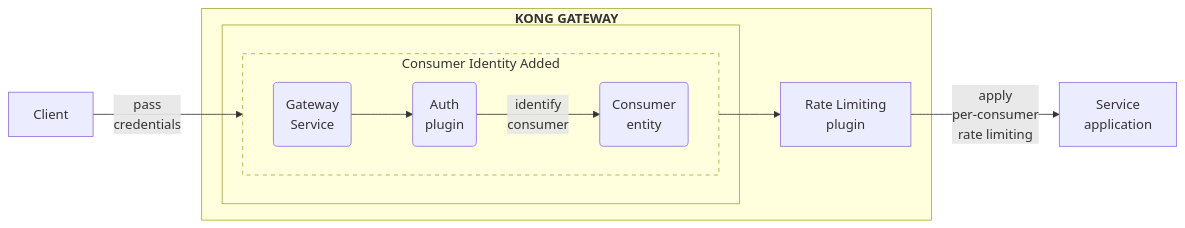
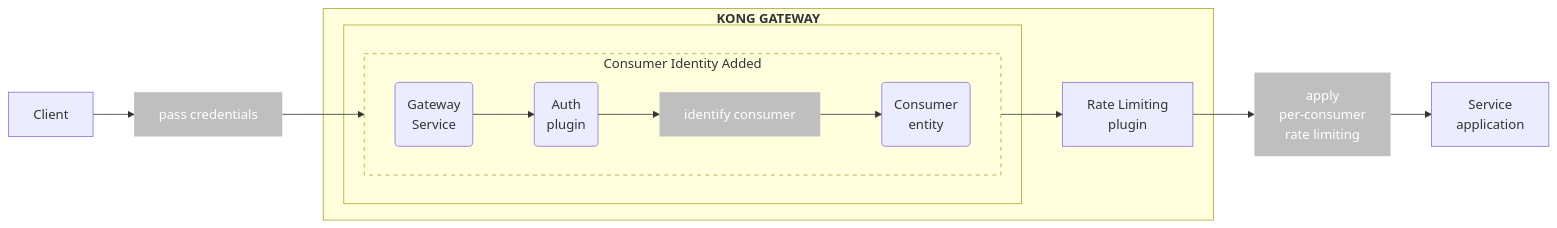
One commit to Kong/developer.konghq.com changed the diagram in app/_gateway_entities/consumer.md. Above: the diagram before and after it, drawn with Mermaid. The commit also changed other lines of this file, not shown here.

Commit message:
Fix style for consumer mermaid diagram

```diff
--- a/app/_gateway_entities/consumer.md
+++ b/app/_gateway_entities/consumer.md
@@ -94,37 +94,43 @@
 {% mermaid %}
 flowchart LR
 
-Consumer(Consumer 
+Consumer(Consumer
 entity)
-Service(Gateway 
+Service(Gateway
 Service)
 Auth(Auth
 plugin)
-Upstream[Service 
+Upstream[Service
 application]
-RL["Rate Limiting 
+RL["Rate Limiting
 plugin"]
 
-Client --pass
-credentials--> Service
+Client --> Label1[pass credentials]
+Label1 --> Service
+
 subgraph id1 ["`**KONG GATEWAY**`"]
     subgraph padding[ ]
 
-subgraph Authenticate ["Consumer Identity Added"]
-    direction LR
-    Service --> Auth
-    Auth--identify 
-    consumer-->Consumer
+    subgraph Authenticate ["Consumer Identity Added"]
+        direction LR
+        Service --> Auth
+        Auth --> Label2[identify consumer]
+        Label2-->Consumer
     end
 end
 
 Consumer--> RL
 end
-RL --apply 
+RL --> Label3[apply
 per-consumer
-rate limiting--> Upstream
+rate limiting]
+Label3 --> Upstream
 
 style Authenticate stroke-dasharray: 5 5
 style padding stroke:none!important,fill:none!important
 
+%% Style the label node
+classDef labelStyle fill:#bfbfbf,stroke:none,color:white;
+class Label1,Label2,Label3 labelStyle
+
 {% endmermaid %}
```
